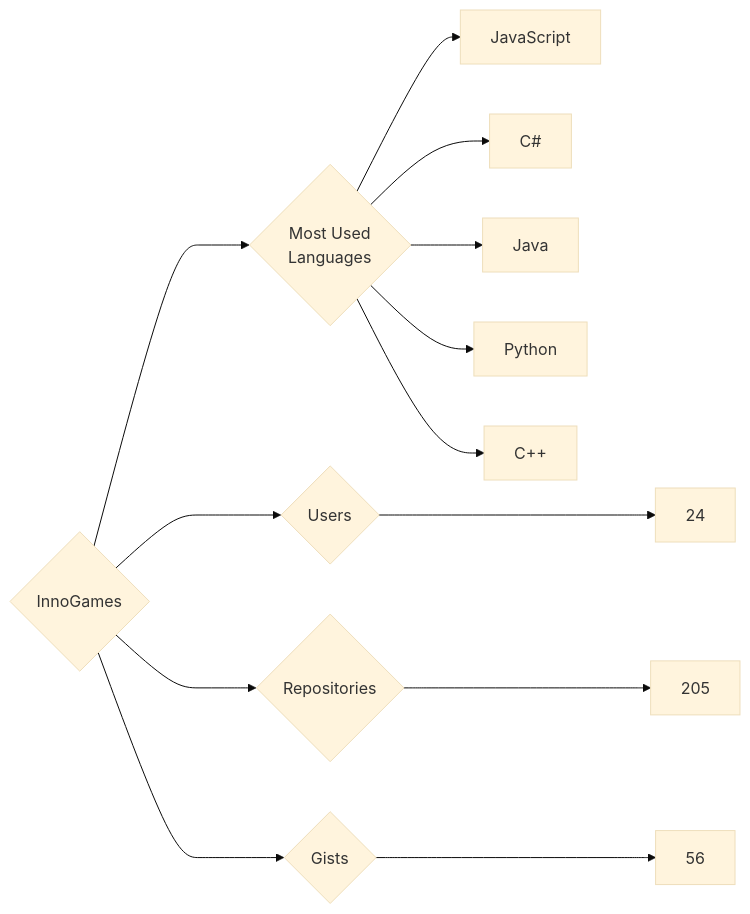
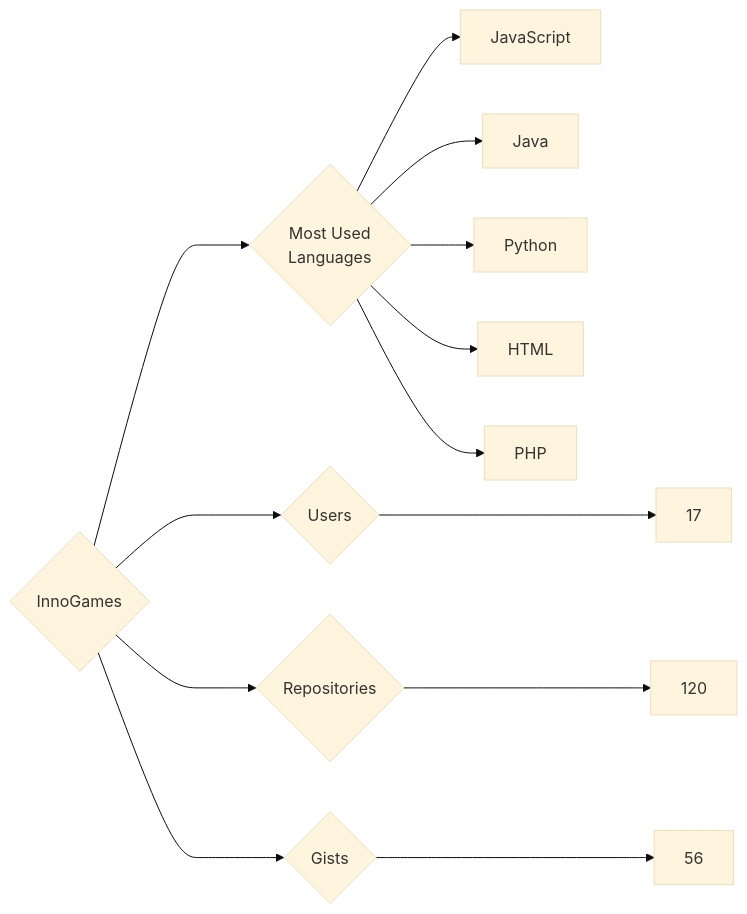
The diagram in targets/InnoGames/README.md (trickest/insiders), drawn with Mermaid (base theme) before and after one commit. The commit also changed 553 other files, not shown here.

````diff
--- a/targets/InnoGames/README.md
+++ b/targets/InnoGames/README.md
@@ -3,13 +3,13 @@
 ```mermaid
 graph LR
 COMPANY_NAME{InnoGames}
-COMPANY_NAME ---> U{Users} ---> UN[24]
-COMPANY_NAME ---> R{Repositories} ---> RN[205]
+COMPANY_NAME ---> U{Users} ---> UN[17]
+COMPANY_NAME ---> R{Repositories} ---> RN[120]
 COMPANY_NAME ---> G{Gists} ---> GN[56]
 COMPANY_NAME ---> ML{Most Used<br>Languages}
 ML --> JavaScript[JavaScript]
-ML --> C#[C#]
 ML --> Java[Java]
 ML --> Python[Python]
-ML --> C++[C++]
+ML --> HTML[HTML]
+ML --> PHP[PHP]
 ```
````
